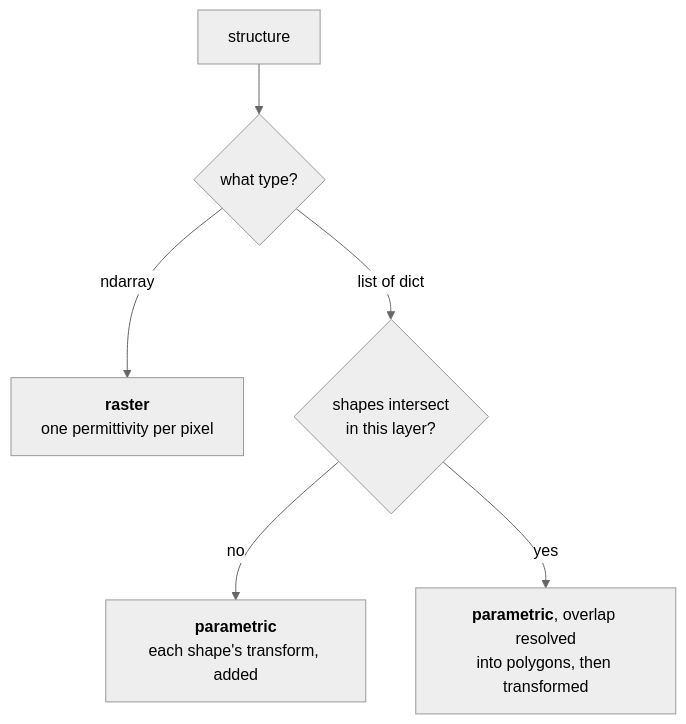
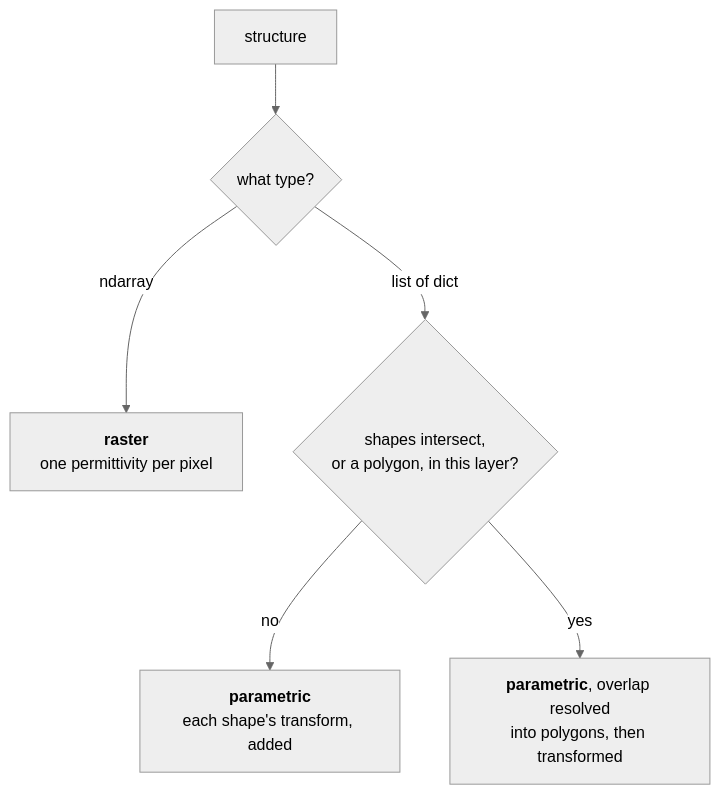
Before and after one commit to fieldalgo/wavebit: the diagram in docs/guide/rcwa/scene.md, drawn with Mermaid (neutral theme). The commit also changed other lines of this file and 3 other files, not shown here.

````diff
--- a/docs/guide/rcwa/scene.md
+++ b/docs/guide/rcwa/scene.md
@@ -64,8 +64,8 @@
 ```mermaid
 flowchart TD
     S["structure"] --> T{"what type?"}
     T -->|ndarray| R["<b>raster</b><br/>one permittivity per pixel"]
-    T -->|list of dict| A{"shapes intersect<br/>in this layer?"}
+    T -->|list of dict| A{"shapes intersect,<br/>or a polygon, in this layer?"}
     A -->|no| P["<b>parametric</b><br/>each shape's transform, added"]
     A -->|yes| B["<b>parametric</b>, overlap resolved<br/>into polygons, then transformed"]
 ```
````
